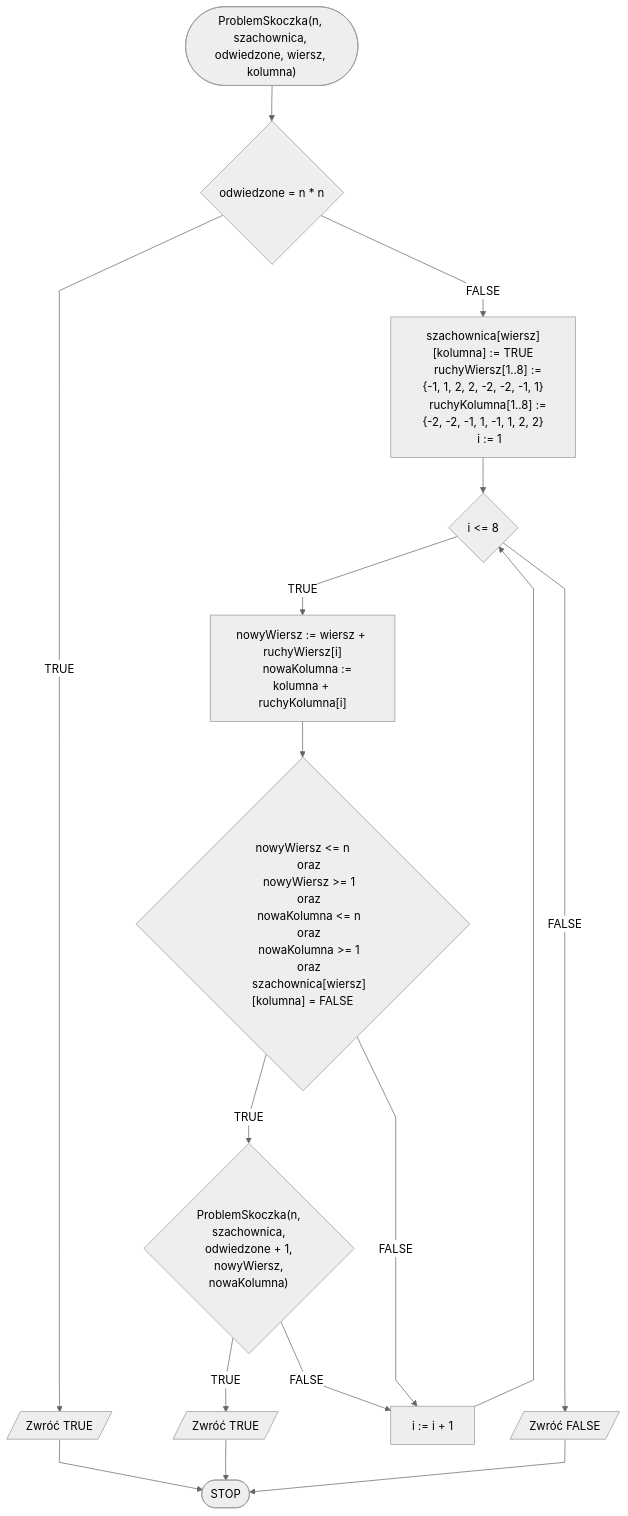
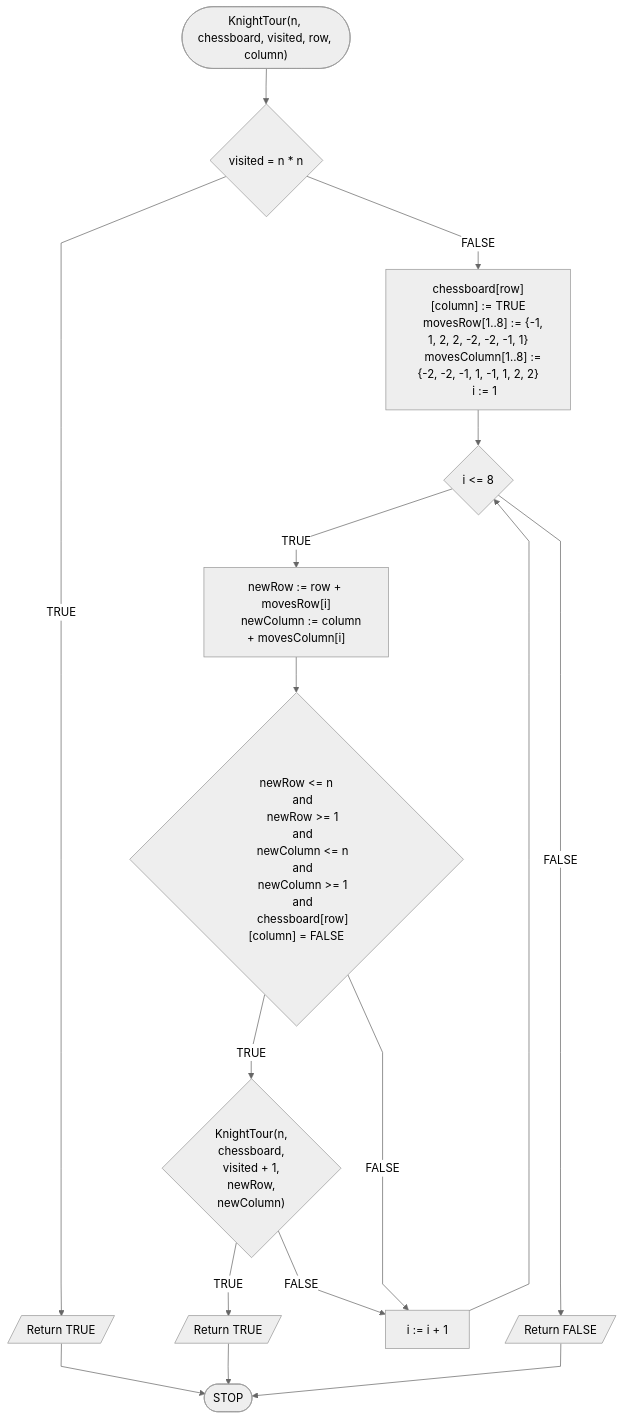
Before and after one commit to blackbat13/edu-cs-htiew-en: the diagram in docs/algorithms/backtracking/knights-tour.md, drawn with Mermaid. The commit also changed other lines of this file and 8 other files, not shown here.

````diff
--- a/docs/algorithms/backtracking/knights-tour.md
+++ b/docs/algorithms/backtracking/knights-tour.md
@@ -199,35 +199,35 @@
 ```mermaid
 %%{init: {"flowchart": {"curve": "linear"}, "theme": "neutral"} }%%
 flowchart TD
-    START(["ProblemSkoczka(n, szachownica, odwiedzone, wiersz, kolumna)"]) --> K1{odwiedzone = n * n}
-    K1 -- TRUE --> K2[/Zwróć TRUE/]
+    START(["KnightTour(n, chessboard, visited, row, column)"]) --> K1{visited = n * n}
+    K1 -- TRUE --> K2[/Return TRUE/]
     K2 --> STOP([STOP])
-    K1 -- FALSE --> K3["szachownica[wiersz][kolumna] := TRUE
-    ruchyWiersz[1..8] := {-1, 1, 2, 2, -2, -2, -1, 1}
-    ruchyKolumna[1..8] := {-2, -2, -1, 1, -1, 1, 2, 2}
+    K1 -- FALSE --> K3["chessboard[row][column] := TRUE
+    movesRow[1..8] := {-1, 1, 2, 2, -2, -2, -1, 1}
+    movesColumn[1..8] := {-2, -2, -1, 1, -1, 1, 2, 2}
     i := 1"]
     K3 --> K6{i <= 8}
-    K6 -- TRUE --> K7["nowyWiersz := wiersz + ruchyWiersz[i]
-    nowaKolumna := kolumna + ruchyKolumna[i]"]
-    K7 --> K9{"nowyWiersz <= n
-    oraz
-    nowyWiersz >= 1
-    oraz
-    nowaKolumna <= n
-    oraz
-    nowaKolumna >= 1
-    oraz
-    szachownica[wiersz][kolumna] = FALSE"}
-    K9 -- TRUE --> K10{"ProblemSkoczka(n, 
-    szachownica, 
-    odwiedzone + 1, 
-    nowyWiersz, 
-    nowaKolumna)"}
-    K10 -- TRUE --> K11[/Zwróć TRUE/]
+    K6 -- TRUE --> K7["newRow := row + movesRow[i]
+    newColumn := column + movesColumn[i]"]
+    K7 --> K9{"newRow <= n
+    and
+    newRow >= 1
+    and
+    newColumn <= n
+    and
+    newColumn >= 1
+    and
+    chessboard[row][column] = FALSE"}
+    K9 -- TRUE --> K10{"KnightTour(n, 
+    chessboard, 
+    visited + 1, 
+    newRow, 
+    newColumn)"}
+    K10 -- TRUE --> K11[/Return TRUE/]
     K11 --> STOP
     K10 -- FALSE --> K6i[i := i + 1]
     K9 -- FALSE --> K6i
     K6i --> K6
-    K6 -- FALSE --> K12[/Zwróć FALSE/]
+    K6 -- FALSE --> K12[/Return FALSE/]
     K12 --> STOP
 ```
````
